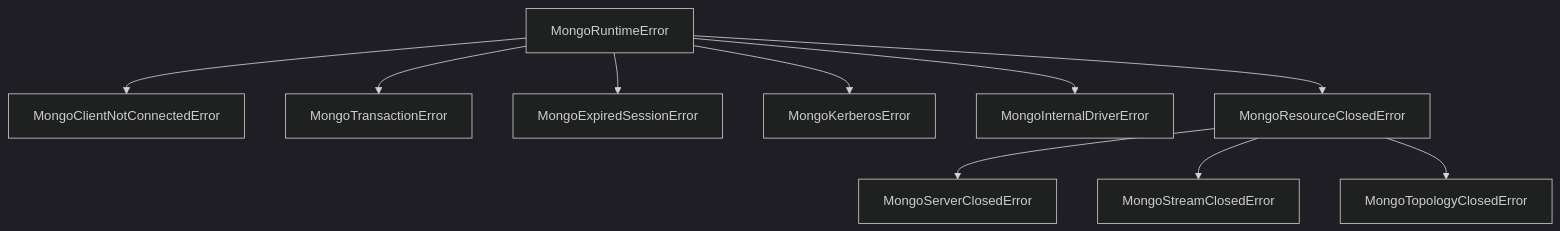
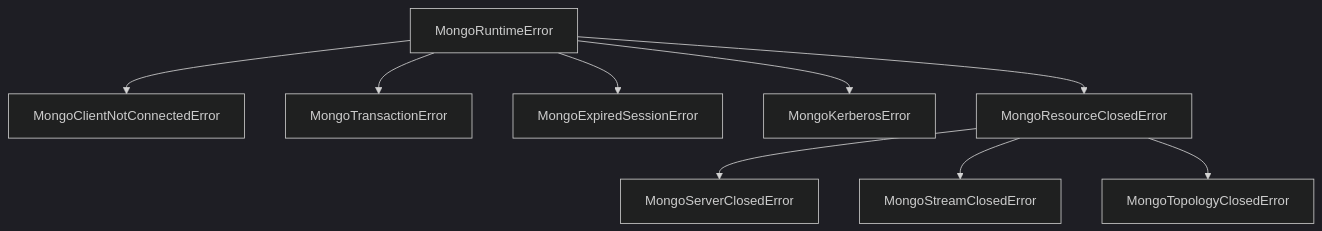
The diagram in docs/charts/mermaid/MongoRuntimeError_2.mmd (mongodb/node-mongodb-native), drawn with Mermaid (dark theme) before and after one commit. The commit also changed 11 other files, not shown here.

Commit message:
docs: Update mermaid files and svgs

```diff
--- a/docs/charts/mermaid/MongoRuntimeError_2.mmd
+++ b/docs/charts/mermaid/MongoRuntimeError_2.mmd
@@ -1,11 +1,10 @@
 graph TD
   MongoRuntimeError --> MongoClientNotConnectedError
   MongoRuntimeError --> MongoTransactionError
   MongoRuntimeError --> MongoExpiredSessionError
   MongoRuntimeError --> MongoKerberosError
-  MongoRuntimeError --> MongoInternalDriverError
   MongoRuntimeError --> MongoResourceClosedError
 
   MongoResourceClosedError --> MongoServerClosedError
   MongoResourceClosedError --> MongoStreamClosedError
   MongoResourceClosedError --> MongoTopologyClosedError
```
